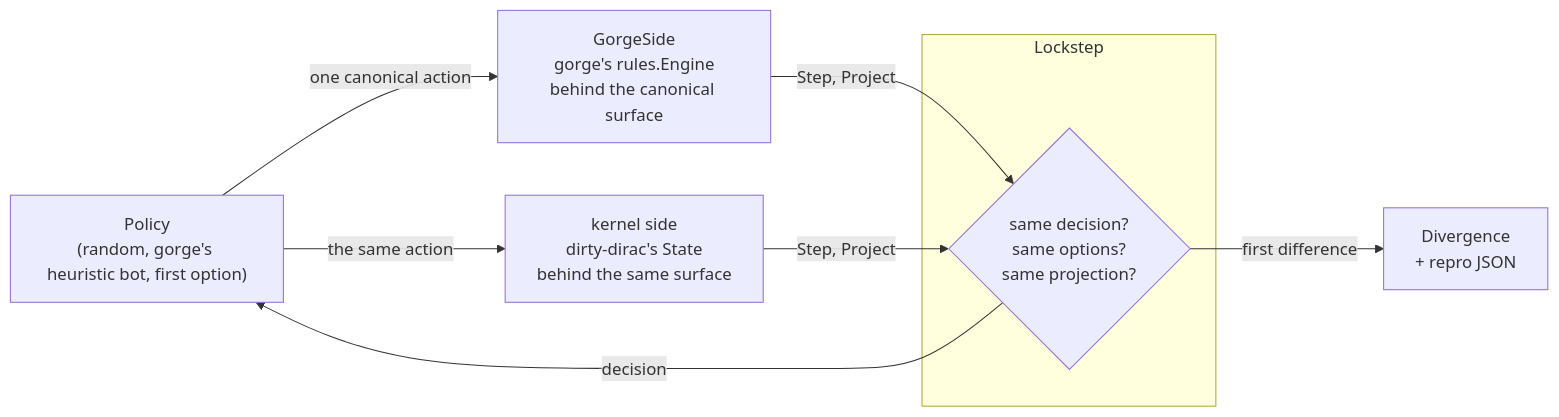
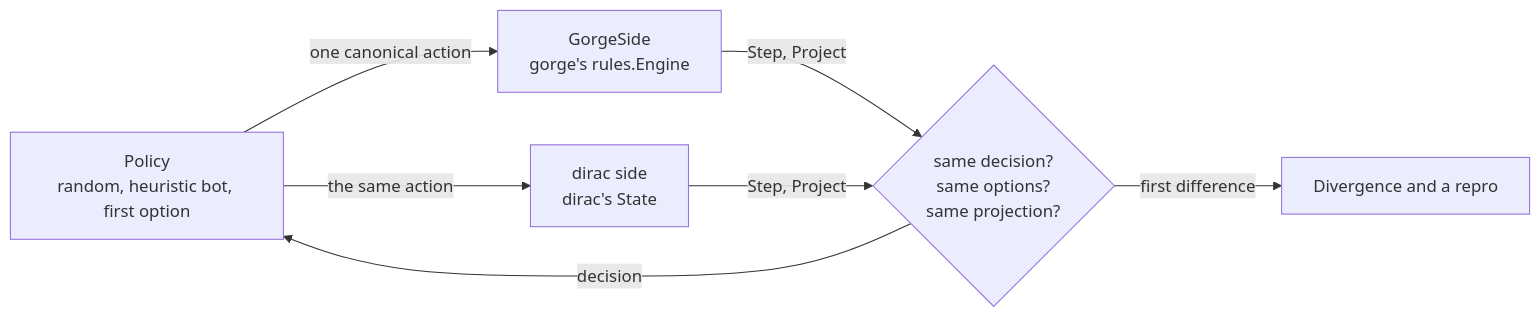
One commit to adams-shaun/gorge changed the diagram in docs/site/architecture/dirac/oracle.md. Above: the diagram before and after it, drawn with Mermaid. The commit also changed other lines of this file and 5 other files, not shown here.

Commit message:
docs(dirac): the pages describe the engine as it is: dynamic State, binary tables, named stalls, what lockstep proves

````diff
--- a/docs/site/architecture/dirac/oracle.md
+++ b/docs/site/architecture/dirac/oracle.md
@@ -30,15 +31,13 @@
 ```mermaid
 flowchart LR
-  pol["Policy<br/>(random, gorge's heuristic bot, first option)"]
-  subgraph lock["Lockstep"]
-    cmp{"same decision?<br/>same options?<br/>same projection?"}
-  end
-  gs["GorgeSide<br/>gorge's rules.Engine<br/>behind the canonical surface"]
-  ks["kernel side<br/>dirty-dirac's State<br/>behind the same surface"]
+  pol["Policy<br/>random, heuristic bot, first option"]
+  cmp{"same decision?<br/>same options?<br/>same projection?"}
+  gs["GorgeSide<br/>gorge's rules.Engine"]
+  ks["dirac side<br/>dirac's State"]
   gs -->|"Step, Project"| cmp
   ks -->|"Step, Project"| cmp
   cmp -->|"decision"| pol
   pol -->|"one canonical action"| gs
   pol -->|"the same action"| ks
-  cmp -->|"first difference"| div["Divergence<br/>+ repro JSON"]
+  cmp -->|"first difference"| div["Divergence and a repro"]
 ```
````
